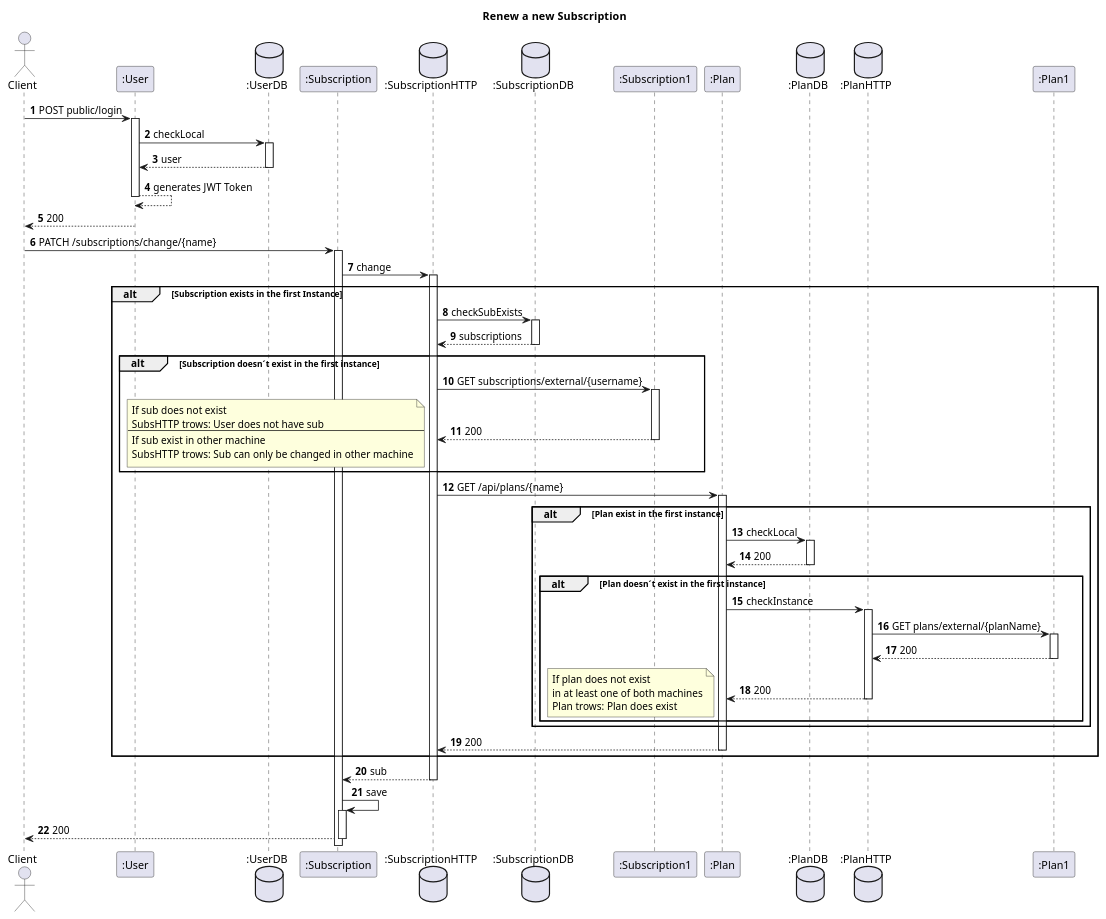
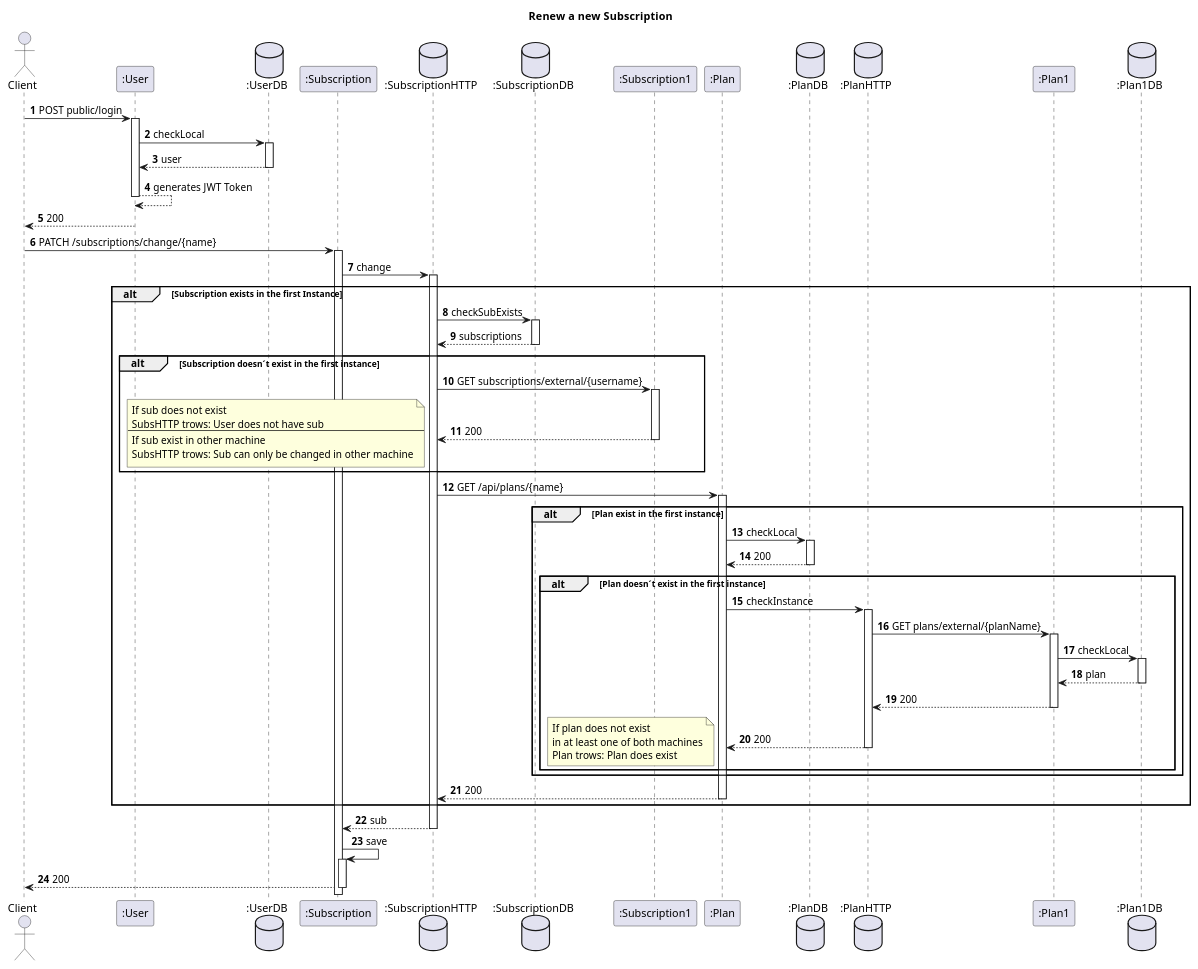
One commit to IsepMartimOliveira/SIDIS changed the diagram in docs_sidis/Subs/Vista Logica/N3/ChangeSubs.puml. Above: the diagram before and after it, drawn with PlantUML. The commit also changed 2 other files, not shown here.

```diff
--- a/docs_sidis/Subs/Vista Logica/N3/ChangeSubs.puml
+++ b/docs_sidis/Subs/Vista Logica/N3/ChangeSubs.puml
@@ -1,73 +1,76 @@
 @startuml
 'https://plantuml.com/sequence-diagram
 autoactivate on
 autonumber
 title  Renew  a new Subscription
 
 autonumber
 
 actor "Client" as Ac
 
 participant ":User" as User
 database ":UserDB" as Udb
 
 participant ":Subscription" as Auth
 database ":SubscriptionHTTP" as SHTTP
 
 database ":SubscriptionDB" as SDB
 participant ":Subscription1" as Serv
 participant ":Plan" as Plan
 database ":PlanDB" as PDB
 database ":PlanHTTP" as PHTTP
 participant ":Plan1" as Plan1
+database ":Plan1DB" as Plan1DB
+
 
 Ac->User: POST public/login
 User->Udb:checkLocal
 Udb-->User:user
 User-->User:generates JWT Token
 User-->Ac:200
 
 Ac->Auth:  PATCH /subscriptions/change/{name}
 Auth->SHTTP: change
 
 alt Subscription exists in the first Instance
 SHTTP->SDB:checkSubExists
 SDB-->SHTTP:subscriptions
 alt Subscription doesn´t exist in the first instance
 SHTTP->Serv:GET subscriptions/external/{username}
 Serv-->SHTTP:200
 note left
 If sub does not exist
 SubsHTTP trows: User does not have sub
 --
 If sub exist in other machine
 SubsHTTP trows: Sub can only be changed in other machine
 end note
 end
 SHTTP->Plan:GET /api/plans/{name}
 
 alt Plan exist in the first instance
 Plan->PDB:checkLocal
 PDB-->Plan:200
 alt Plan doesn´t exist in the first instance
 Plan->PHTTP:checkInstance
 PHTTP->Plan1:GET plans/external/{planName}
-
+Plan1->Plan1DB:checkLocal
+Plan1DB-->Plan1: plan
 Plan1-->PHTTP:200
 PHTTP-->Plan:200
 note left
 If plan does not exist
 in at least one of both machines
 Plan trows: Plan does exist
 end note
 end
 end
 
 Plan-->SHTTP:200
 end
 
 SHTTP-->Auth:sub
 
 Auth->Auth:save
 Auth-->Ac:200
 @enduml
```
